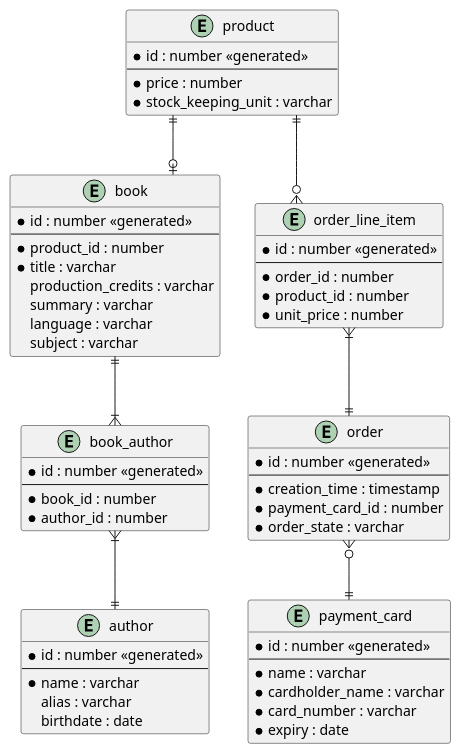
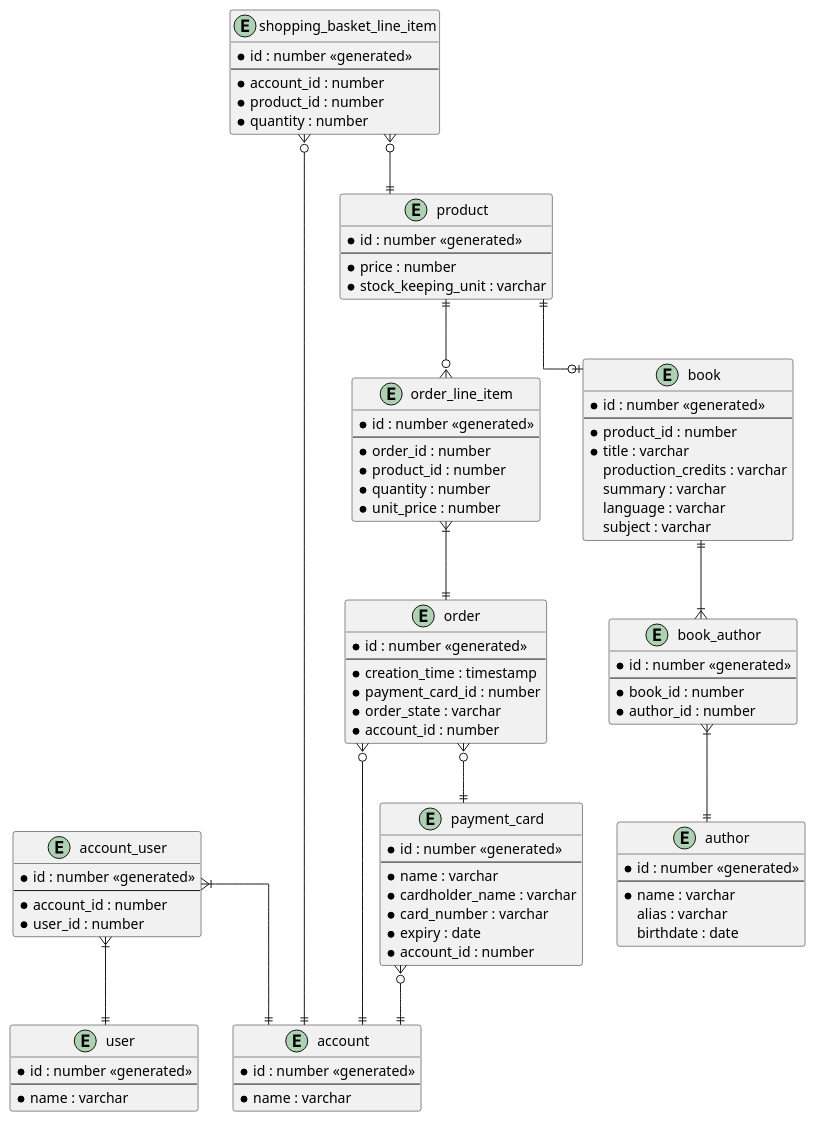
Before and after one commit to dtmo/bookshop: the diagram in docs/design/book_shop_entity_relationship_diagram.plantuml, drawn with PlantUML.

Commit message:
wip: entity relationship diagram updates

```diff
--- a/docs/design/book_shop_entity_relationship_diagram.plantuml
+++ b/docs/design/book_shop_entity_relationship_diagram.plantuml
@@ -1,73 +1,112 @@
 @startuml
 
 skinparam Linetype ortho
+
+entity user {
+    * id : number <<generated>>
+    --
+    * name : varchar
+}
+
+entity account {
+    * id : number <<generated>>
+    --
+    * name : varchar
+}
+
+entity account_user {
+    * id : number <<generated>>
+    --
+    * account_id : number
+    * user_id : number
+}
+
+account_user }|--|| user
+account_user }|--|| account
 
 entity product {
     * id : number <<generated>>
     --
     * price : number
     * stock_keeping_unit : varchar
 }
+
+entity shopping_basket_line_item {
+    * id : number <<generated>>
+    --
+    * account_id : number
+    * product_id : number
+    * quantity : number
+}
+
+shopping_basket_line_item }o--|| account
+shopping_basket_line_item }o--|| product
+
+entity payment_card {
+    * id : number <<generated>>
+    --
+    * name : varchar
+    * cardholder_name : varchar
+    * card_number : varchar
+    * expiry : date
+    * account_id : number
+}
+
+payment_card }o--|| account
+
+entity order {
+    * id : number <<generated>>
+    --
+    * creation_time : timestamp
+    * payment_card_id : number
+    * order_state : varchar
+    * account_id : number
+}
+
+order }o--|| payment_card
+order }o--|| account
+
+entity order_line_item {
+    * id : number <<generated>>
+    --
+    * order_id : number
+    * product_id : number
+    * quantity : number
+    * unit_price : number
+}
+
+order_line_item }|--|| order
+product ||--o{ order_line_item
 
 entity author {
     * id : number <<generated>>
     --
     * name : varchar
     alias : varchar
     birthdate : date
 }
 
 entity book {
     * id : number <<generated>>
     --
     * product_id : number
     * title : varchar
     production_credits : varchar
     summary : varchar
     language : varchar
     subject : varchar
 }
 
 product ||--o| book
 
 entity book_author {
     * id : number <<generated>>
     --
     * book_id : number
     * author_id : number
 }
 
 book ||--|{ book_author
 book_author }|--|| author
 
-entity payment_card {
-    * id : number <<generated>>
-    --
-    * name : varchar
-    * cardholder_name : varchar
-    * card_number : varchar
-    * expiry : date
-}
-
-entity order {
-    * id : number <<generated>>
-    --
-    * creation_time : timestamp
-    * payment_card_id : number
-    * order_state : varchar
-}
-
-order }o--|| payment_card
-
-entity order_line_item {
-    * id : number <<generated>>
-    --
-    * order_id : number
-    * product_id : number
-    * unit_price : number
-}
-
-order_line_item }|--|| order
-product ||--o{ order_line_item
-
 @enduml
```
